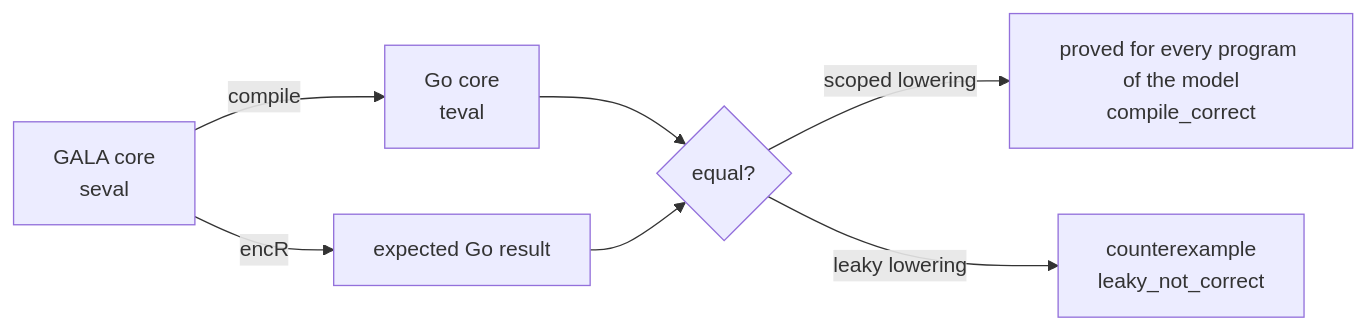
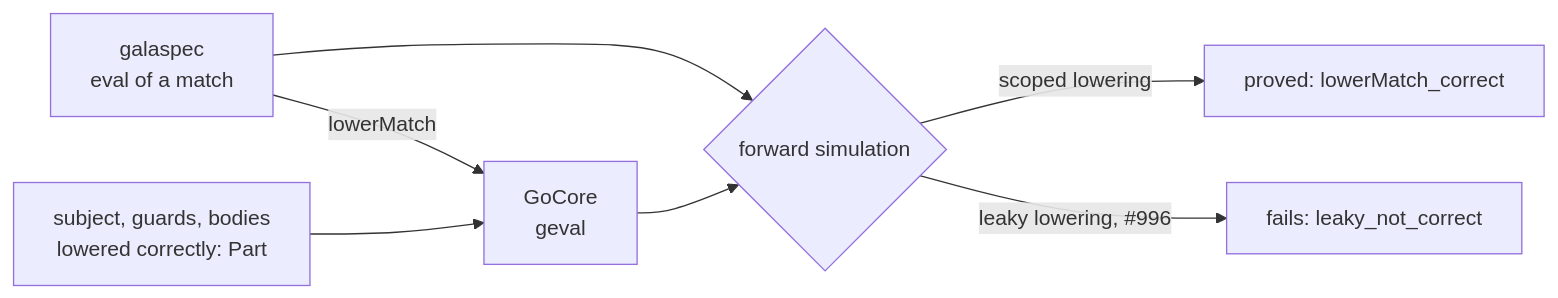
One commit to martianoff/gala changed the second of 3 diagrams in formal/README.md. Above: the diagram before and after it, drawn with Mermaid. The commit also changed other lines of this file and 7 other files, not shown here.

First line of the commit message:
formal: retire the toy match lowering model (M3, part 3)

````diff
--- a/formal/README.md
+++ b/formal/README.md
@@ -53,9 +49,9 @@
 ```mermaid
 flowchart LR
-    S[GALA core<br/>seval] -->|compile| T[Go core<br/>teval]
-    S -->|encR| R[expected Go result]
-    T --> E{equal?}
-    R --> E
-    E -->|scoped lowering| P[proved for every program of the model<br/>compile_correct]
-    E -->|leaky lowering| C[counterexample<br/>leaky_not_correct]
+    S[galaspec<br/>eval of a match] -->|lowerMatch| T[GoCore<br/>geval]
+    P[subject, guards, bodies<br/>lowered correctly: Part] --> T
+    S --> E{forward simulation}
+    T --> E
+    E -->|scoped lowering| OK[proved: lowerMatch_correct]
+    E -->|leaky lowering, #996| C[fails: leaky_not_correct]
 ```
````
